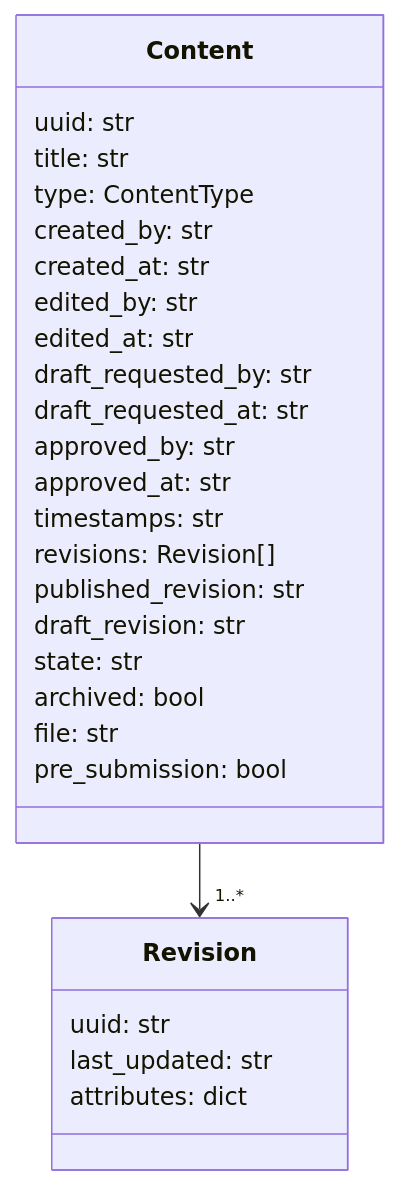
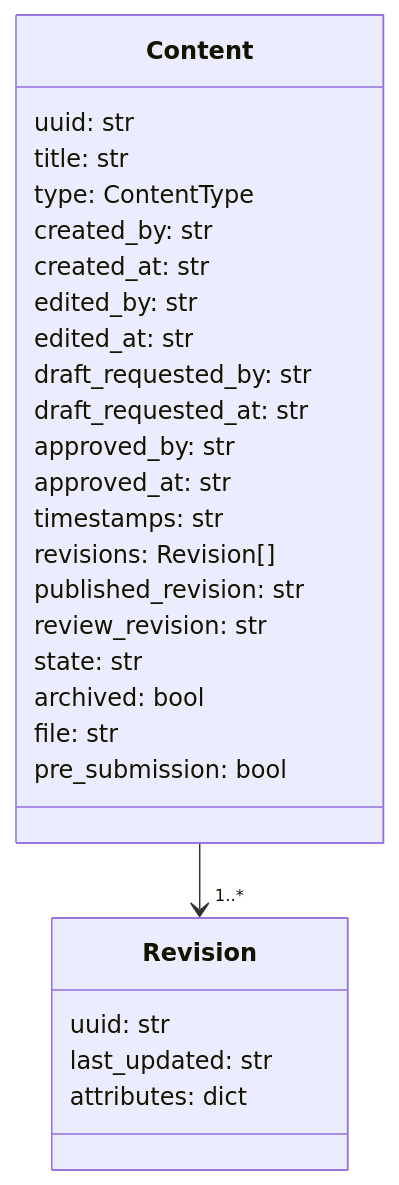
The first of 2 diagrams in docs/DataStructure.md (tng-coop/CmsWorkflow), drawn with Mermaid before and after one commit. The commit also changed other lines of this file and 7 other files, not shown here.

Commit message:
Introduce review revision field

````diff
--- a/docs/DataStructure.md
+++ b/docs/DataStructure.md
@@ -5,30 +5,30 @@
 ```mermaid
 classDiagram
     class Content {
         uuid: str
         title: str
         type: ContentType
         created_by: str
         created_at: str
         edited_by: str
         edited_at: str
         draft_requested_by: str
         draft_requested_at: str
         approved_by: str
         approved_at: str
         timestamps: str
         revisions: Revision[]
         published_revision: str
-        draft_revision: str
+        review_revision: str
         state: str
         archived: bool
         file: str
         pre_submission: bool
     }
     class Revision {
         uuid: str
         last_updated: str
         attributes: dict
     }
     Content --> "1..*" Revision
 ```
````
